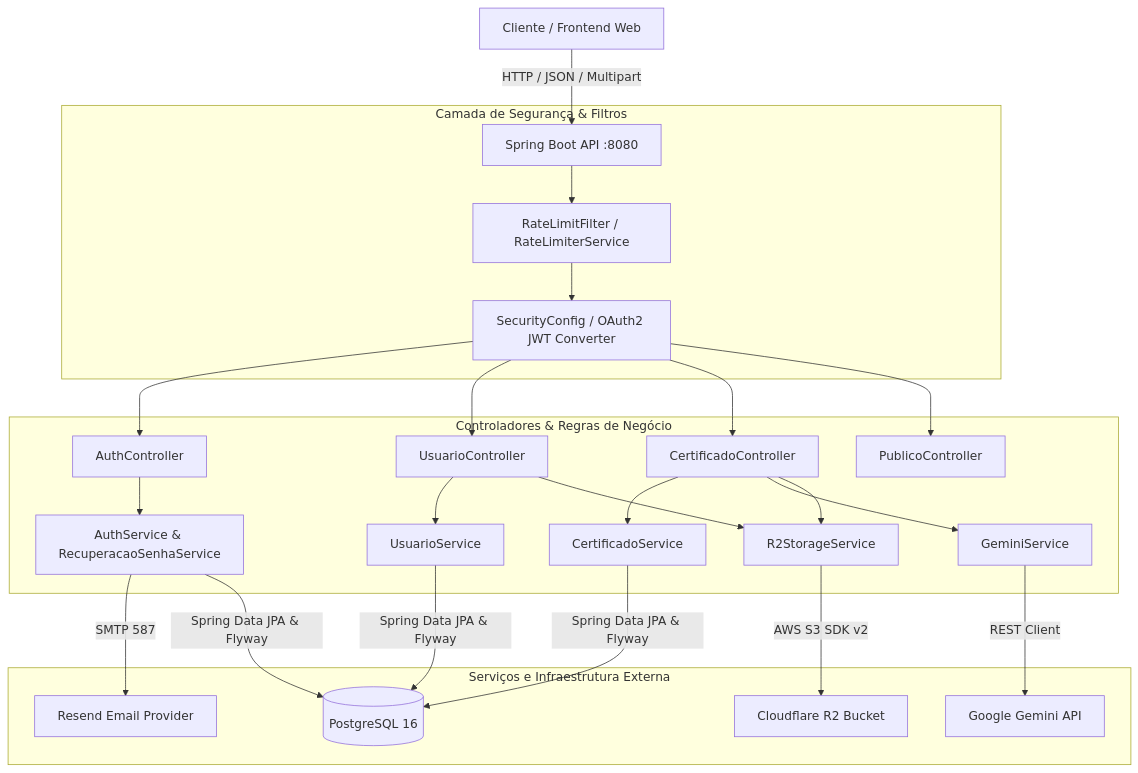
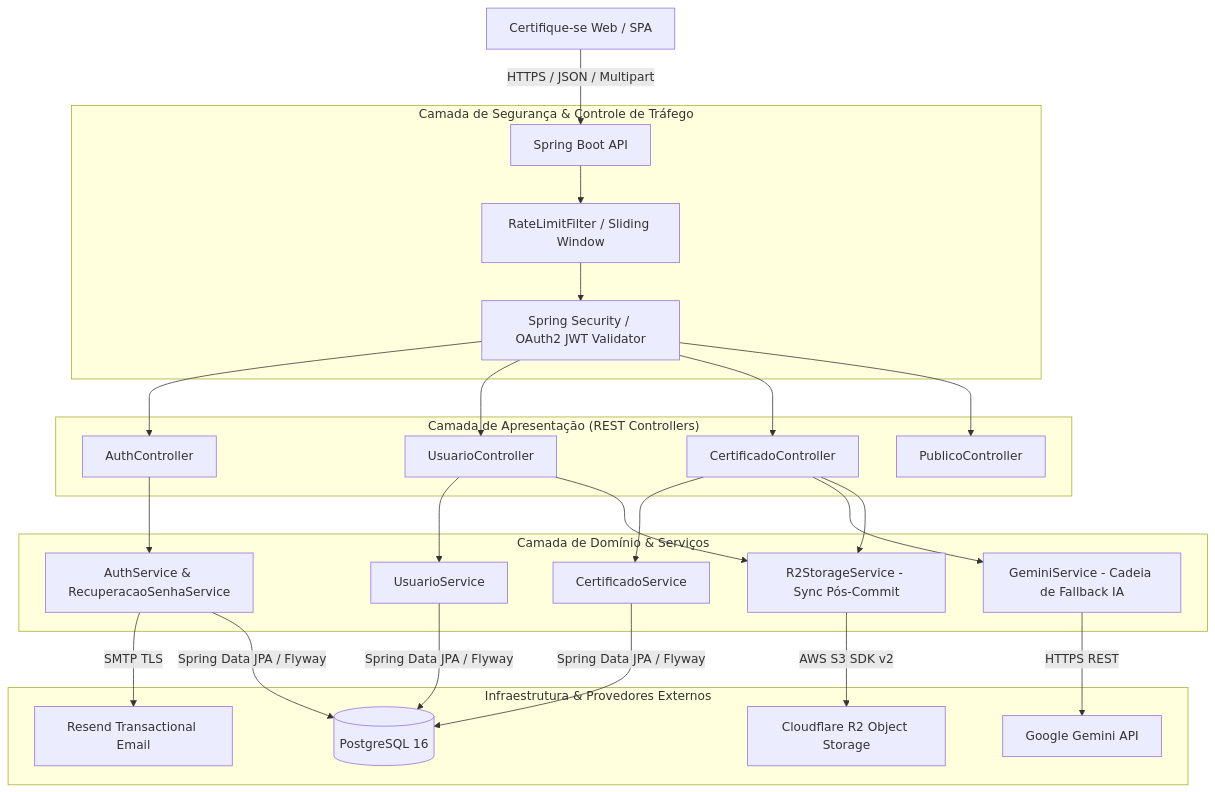
Before and after one commit to luanrichardsz/Certifique-se: the diagram in README.md, drawn with Mermaid. The commit also changed other lines of this file, not shown here.

````diff
--- a/README.md
+++ b/README.md
@@ -86,29 +71,31 @@
 ```mermaid
 graph TD
-    Client[Cliente / Frontend Web] -->|HTTP / JSON / Multipart| Gateway[Spring Boot API :8080]
+    Client[Certifique-se Web / SPA] -->|HTTPS / JSON / Multipart| Gateway[Spring Boot API]
 
-    subgraph "Camada de Segurança & Filtros"
-        Gateway --> RateLimit[RateLimitFilter / RateLimiterService]
-        RateLimit --> Security[SecurityConfig / OAuth2 JWT Converter]
+    subgraph "Camada de Segurança & Controle de Tráfego"
+        Gateway --> RateLimit[RateLimitFilter / Sliding Window]
+        RateLimit --> Security[Spring Security / OAuth2 JWT Validator]
     end
 
-    subgraph "Controladores & Regras de Negócio"
+    subgraph "Camada de Apresentação (REST Controllers)"
         Security --> AuthCtrl[AuthController]
         Security --> UserCtrl[UsuarioController]
         Security --> CertCtrl[CertificadoController]
         Security --> PubCtrl[PublicoController]
-        
+    end
+
+    subgraph "Camada de Domínio & Serviços"
         AuthCtrl --> AuthService[AuthService & RecuperacaoSenhaService]
         UserCtrl --> UserService[UsuarioService]
         CertCtrl --> CertService[CertificadoService]
-        CertCtrl --> GeminiService[GeminiService]
-        UserCtrl & CertCtrl --> R2Storage[R2StorageService]
+        CertCtrl --> GeminiService[GeminiService - Cadeia de Fallback IA]
+        UserCtrl & CertCtrl --> R2Storage[R2StorageService - Sync Pós-Commit]
     end
 
-    subgraph "Serviços e Infraestrutura Externa"
-        AuthService -->|SMTP 587| Resend[Resend Email Provider]
-        R2Storage -->|AWS S3 SDK v2| CloudflareR2[Cloudflare R2 Bucket]
-        GeminiService -->|REST Client| GeminiAPI[Google Gemini API]
-        CertService & UserService & AuthService -->|Spring Data JPA & Flyway| Postgres[(PostgreSQL 16)]
+    subgraph "Infraestrutura & Provedores Externos"
+        AuthService -->|SMTP TLS| Resend[Resend Transactional Email]
+        R2Storage -->|AWS S3 SDK v2| CloudflareR2[Cloudflare R2 Object Storage]
+        GeminiService -->|HTTPS REST| GeminiAPI[Google Gemini API]
+        CertService & UserService & AuthService -->|Spring Data JPA / Flyway| Postgres[(PostgreSQL 16)]
     end
 ```
````
